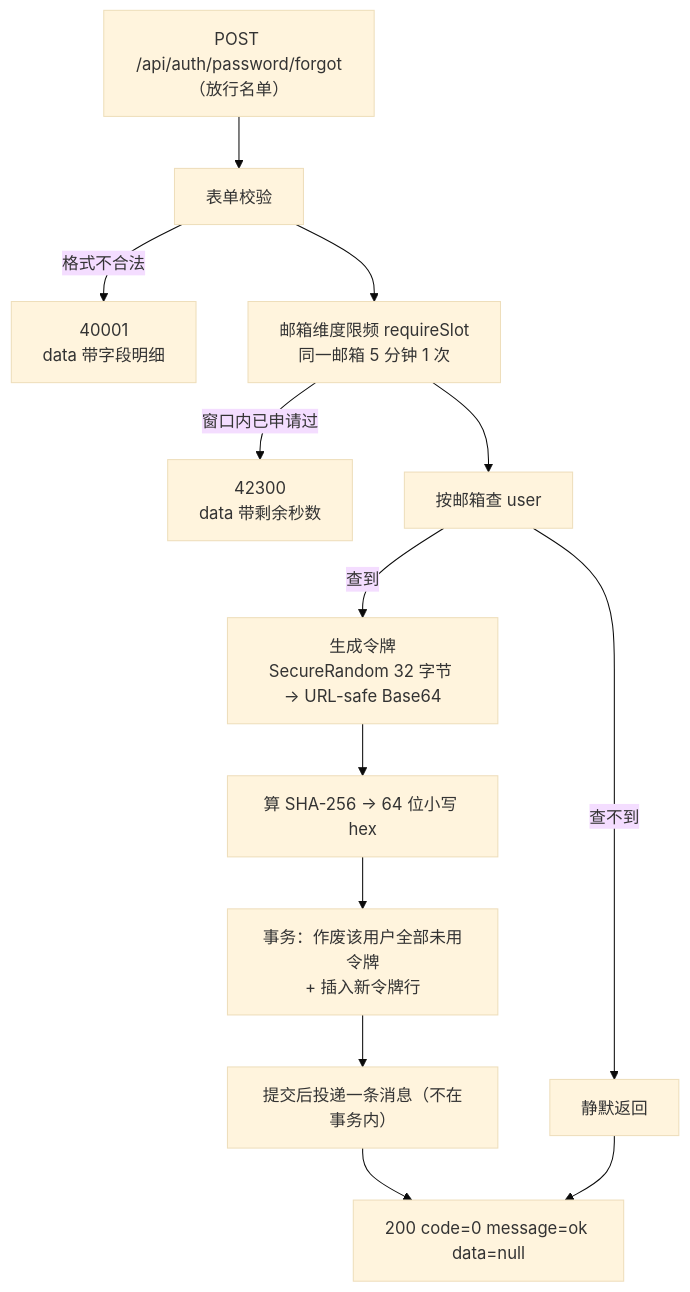
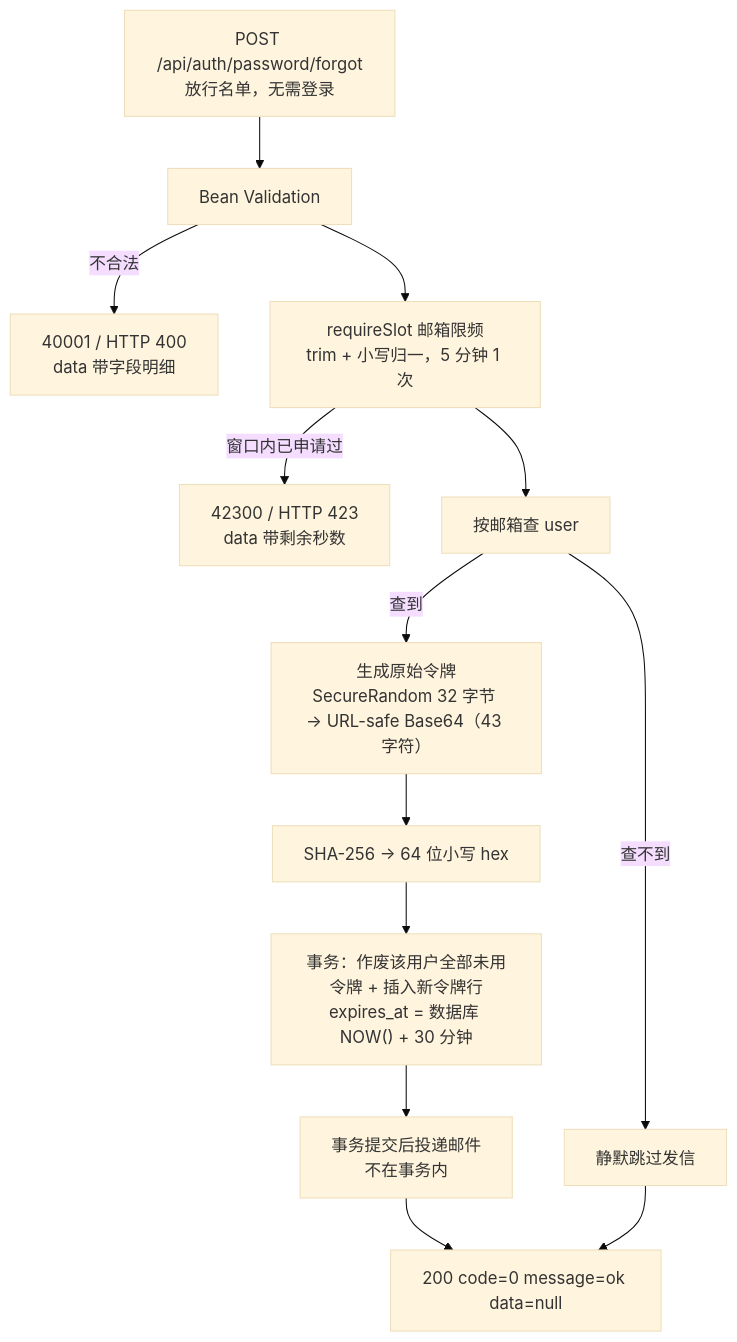
One commit to ShiwarHoufu/jotang-note changed the first of 3 diagrams in docs/功能说明/auth/密码找回.md. Above: the diagram before and after it, drawn with Mermaid (base theme). The commit also changed other lines of this file and 16 other files, not shown here.

````diff
--- a/docs/功能说明/auth/密码找回.md
+++ b/docs/功能说明/auth/密码找回.md
@@ -29,15 +36,15 @@
 ```mermaid
 flowchart TD
-    A["POST /api/auth/password/forgot（放行名单）"] --> B["表单校验"]
-    B -->|格式不合法| E1["40001<br/>data 带字段明细"]
-    B --> C["邮箱维度限频 requireSlot<br/>同一邮箱 5 分钟 1 次"]
-    C -->|窗口内已申请过| E2["42300<br/>data 带剩余秒数"]
+    A["POST /api/auth/password/forgot<br/>放行名单，无需登录"] --> B["Bean Validation"]
+    B -->|不合法| E1["40001 / HTTP 400<br/>data 带字段明细"]
+    B --> C["requireSlot 邮箱限频<br/>trim + 小写归一，5 分钟 1 次"]
+    C -->|窗口内已申请过| E2["42300 / HTTP 423<br/>data 带剩余秒数"]
     C --> D["按邮箱查 user"]
-    D -->|查不到| S["静默返回"]
-    D -->|查到| F["生成令牌<br/>SecureRandom 32 字节 → URL-safe Base64"]
-    F --> G["算 SHA-256 → 64 位小写 hex"]
-    G --> H["事务：作废该用户全部未用令牌<br/>+ 插入新令牌行"]
-    H --> I["提交后投递一条消息（不在事务内）"]
+    D -->|查不到| S["静默跳过发信"]
+    D -->|查到| F["生成原始令牌<br/>SecureRandom 32 字节 → URL-safe Base64（43 字符）"]
+    F --> G["SHA-256 → 64 位小写 hex"]
+    G --> H["事务：作废该用户全部未用令牌 + 插入新令牌行<br/>expires_at = 数据库 NOW() + 30 分钟"]
+    H --> I["事务提交后投递邮件<br/>不在事务内"]
     I --> J["200 code=0 message=ok data=null"]
     S --> J
 ```
````
